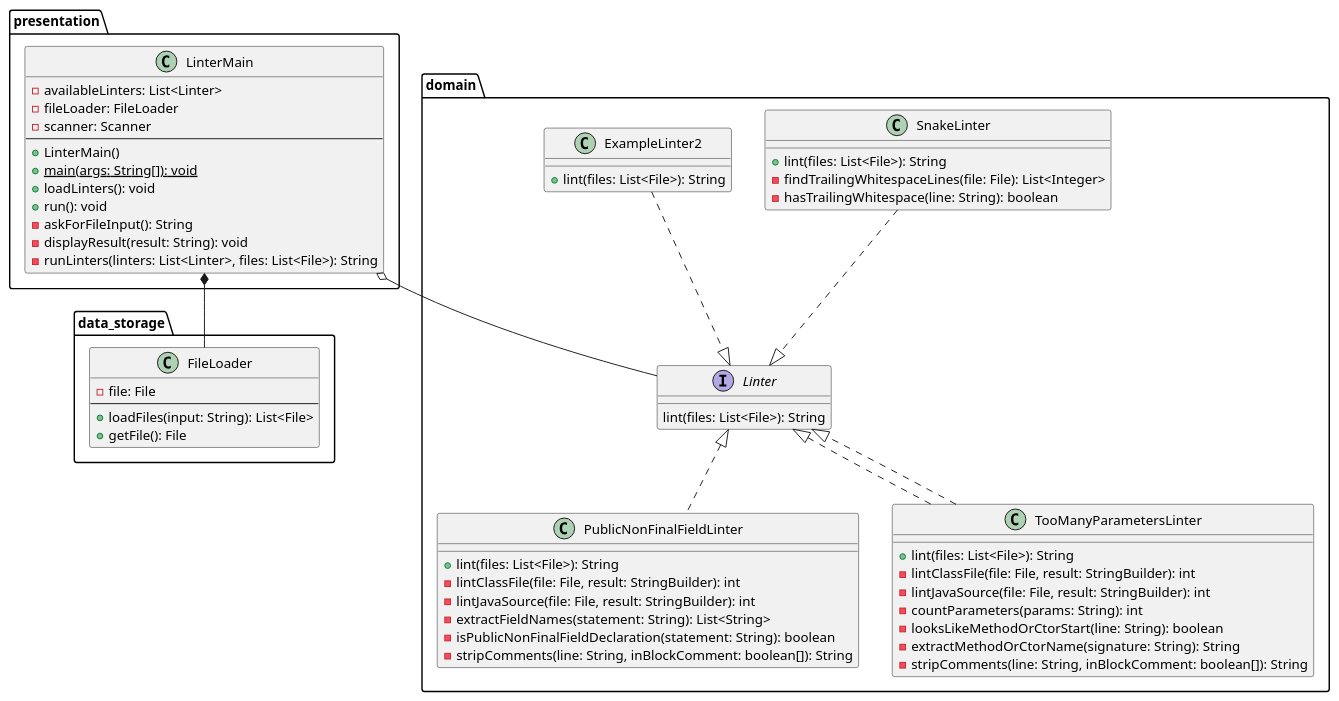
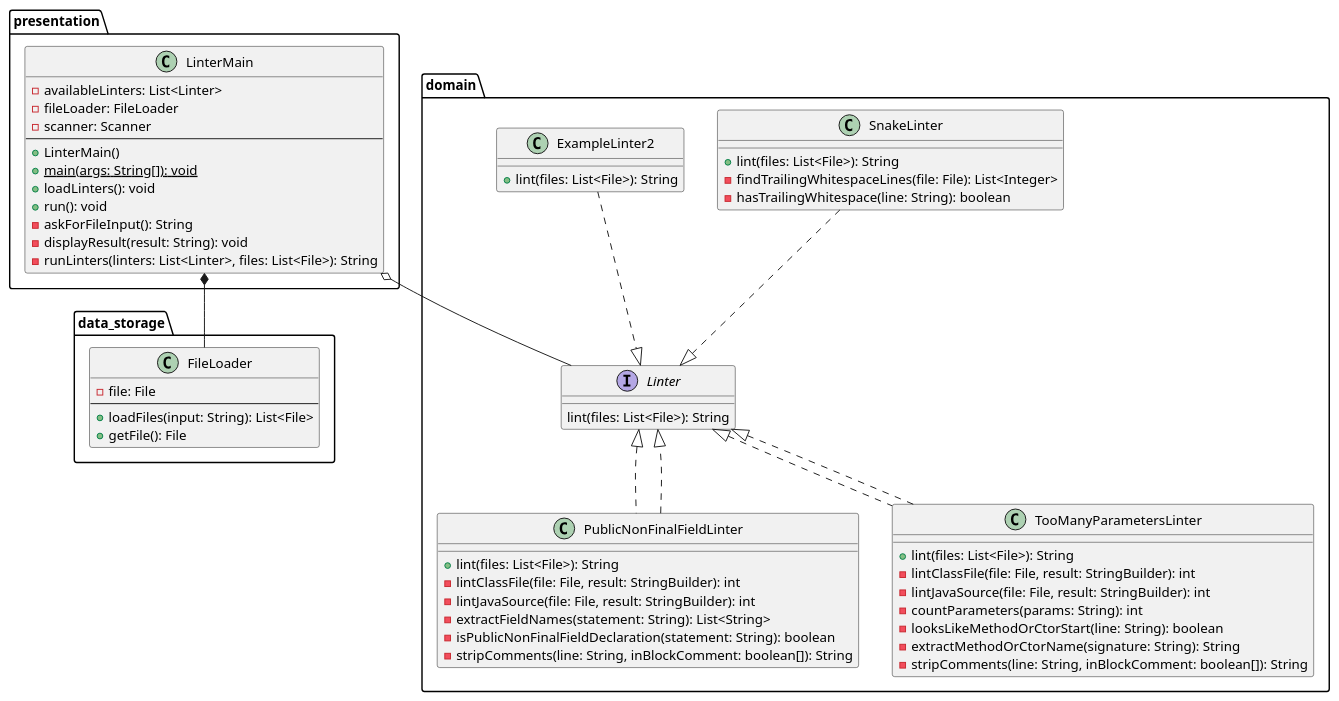
Before and after one commit to rhit-medleymc/CSSE374-Linter-Project: the diagram in current.puml, drawn with PlantUML. The commit also changed 6 other files, not shown here.

```diff
--- a/current.puml
+++ b/current.puml
@@ -6,67 +6,68 @@
 @startuml
 package data_storage{
   class FileLoader {
     -file: File
     --
     +loadFiles(input: String): List<File>
     +getFile(): File
   }
 }
 
 package domain{
   class SnakeLinter {
     +lint(files: List<File>): String
     -findTrailingWhitespaceLines(file: File): List<Integer>
     -hasTrailingWhitespace(line: String): boolean
   }
 
   class PublicNonFinalFieldLinter implements Linter{
     +lint(files: List<File>): String
     -lintClassFile(file: File, result: StringBuilder): int
     -lintJavaSource(file: File, result: StringBuilder): int
     -extractFieldNames(statement: String): List<String>
     -isPublicNonFinalFieldDeclaration(statement: String): boolean
     -stripComments(line: String, inBlockComment: boolean[]): String
   }
 
   class ExampleLinter2 {
     +lint(files: List<File>): String
   }
 
   class TooManyParametersLinter implements Linter{
     +lint(files: List<File>): String
     -lintClassFile(file: File, result: StringBuilder): int
     -lintJavaSource(file: File, result: StringBuilder): int
     -countParameters(params: String): int
     -looksLikeMethodOrCtorStart(line: String): boolean
     -extractMethodOrCtorName(signature: String): String
     -stripComments(line: String, inBlockComment: boolean[]): String
   }
 
   interface Linter {
     lint(files: List<File>): String
   }
 }
 
 package presentation{
   class LinterMain {
     -availableLinters: List<Linter>
     -fileLoader: FileLoader
     -scanner: Scanner
     --
     +LinterMain()
     +{static} main(args: String[]): void
     +loadLinters(): void
     +run(): void
     -askForFileInput(): String
     -displayResult(result: String): void
     -runLinters(linters: List<Linter>, files: List<File>): String
   }
 }
 
 SnakeLinter ..|> Linter
 ExampleLinter2 ..|> Linter
 TooManyParametersLinter ..|> Linter
 LinterMain o-- Linter
 LinterMain *-- FileLoader
+PublicNonFinalFieldLinter ..|> Linter
 @enduml
```
